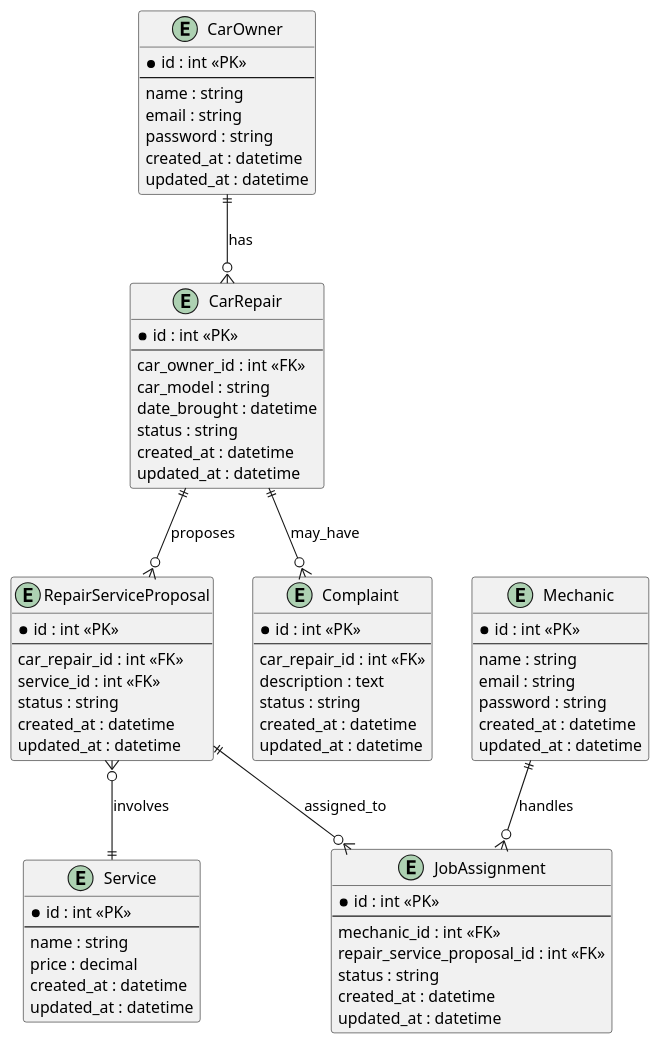
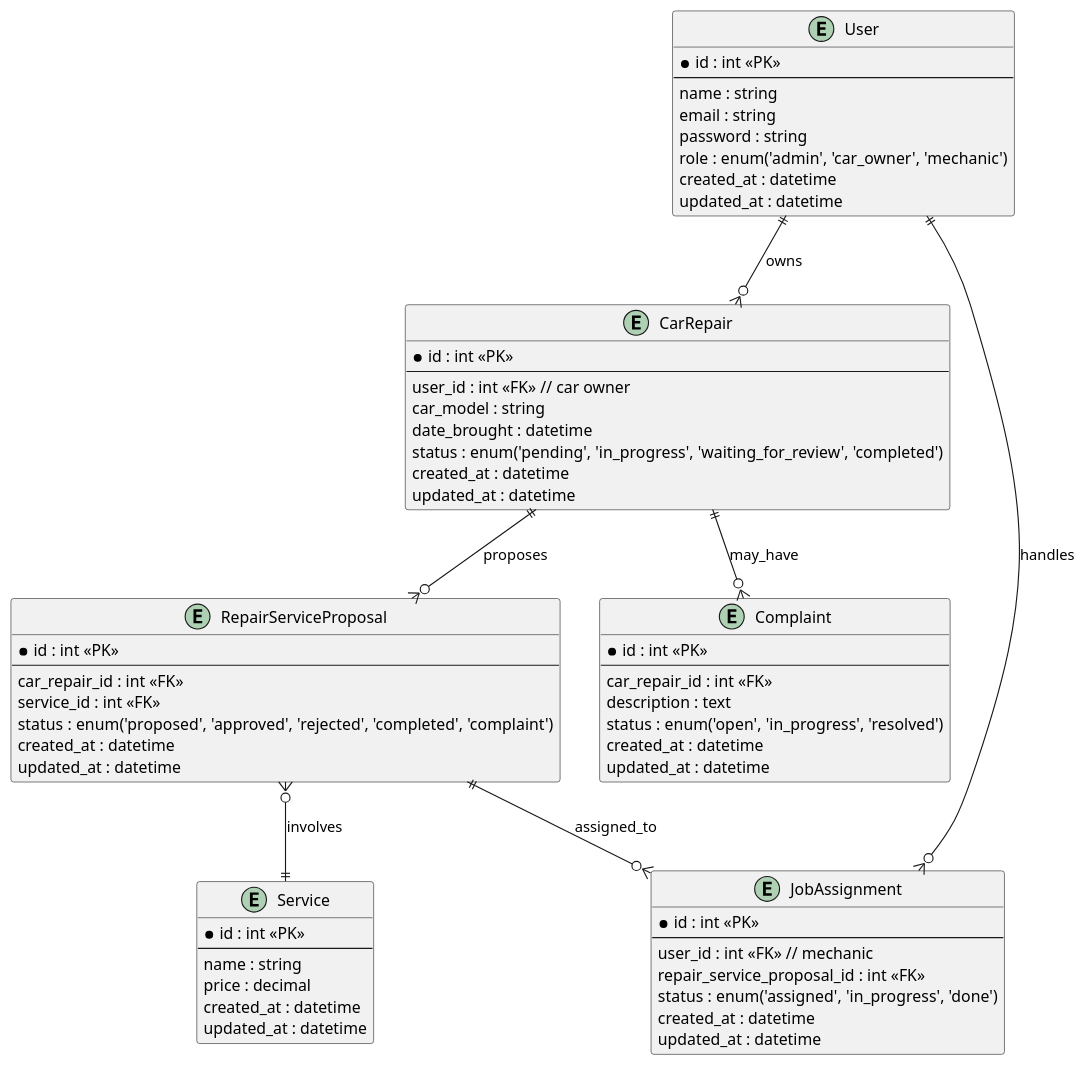
Before and after one commit to bagussuprapta/car-workshop-taksu-bagus: the diagram in public/erd.puml, drawn with PlantUML.

Commit message:
refactor: update erd diagram to unify user roles for shared login page

```diff
--- a/public/erd.puml
+++ b/public/erd.puml
@@ -1,78 +1,71 @@
 @startuml Entity Relationship Diagram
-entity CarOwner {
+
+entity User {
   * id : int <<PK>>
   --
   name : string
   email : string
   password : string
-  created_at : datetime
-  updated_at : datetime
-}
-
-entity Mechanic {
-  * id : int <<PK>>
-  --
-  name : string
-  email : string
-  password : string
+  role : enum('admin', 'car_owner', 'mechanic')
   created_at : datetime
   updated_at : datetime
 }
 
 entity Service {
   * id : int <<PK>>
   --
   name : string
   price : decimal
   created_at : datetime
   updated_at : datetime
 }
 
 entity CarRepair {
   * id : int <<PK>>
   --
-  car_owner_id : int <<FK>>
+  user_id : int <<FK>> // car owner
   car_model : string
   date_brought : datetime
-  status : string
+  status : enum('pending', 'in_progress', 'waiting_for_review', 'completed')
   created_at : datetime
   updated_at : datetime
 }
 
 entity RepairServiceProposal {
   * id : int <<PK>>
   --
   car_repair_id : int <<FK>>
   service_id : int <<FK>>
-  status : string
+  status : enum('proposed', 'approved', 'rejected', 'completed', 'complaint')
   created_at : datetime
   updated_at : datetime
 }
 
 entity JobAssignment {
   * id : int <<PK>>
   --
-  mechanic_id : int <<FK>>
+  user_id : int <<FK>> // mechanic
   repair_service_proposal_id : int <<FK>>
-  status : string
+  status : enum('assigned', 'in_progress', 'done')
   created_at : datetime
   updated_at : datetime
 }
 
 entity Complaint {
   * id : int <<PK>>
   --
   car_repair_id : int <<FK>>
   description : text
-  status : string
+  status : enum('open', 'in_progress', 'resolved')
   created_at : datetime
   updated_at : datetime
 }
 
-CarOwner ||--o{ CarRepair : has
+User ||--o{ CarRepair : owns
 CarRepair ||--o{ RepairServiceProposal : proposes
 RepairServiceProposal }o--|| Service : involves
 RepairServiceProposal ||--o{ JobAssignment : assigned_to
-Mechanic ||--o{ JobAssignment : handles
+User ||--o{ JobAssignment : handles
 CarRepair ||--o{ Complaint : may_have
+
 @enduml
```
